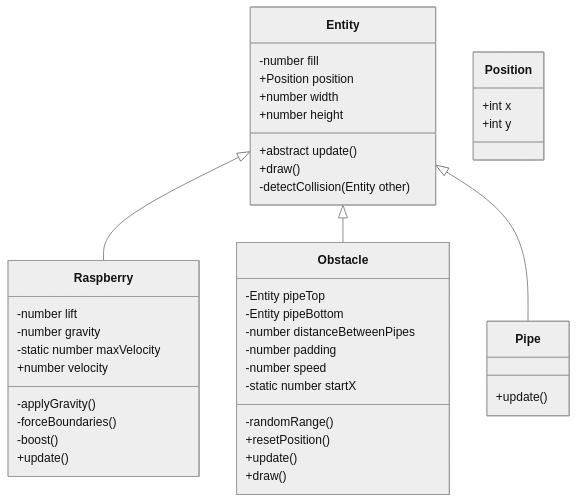
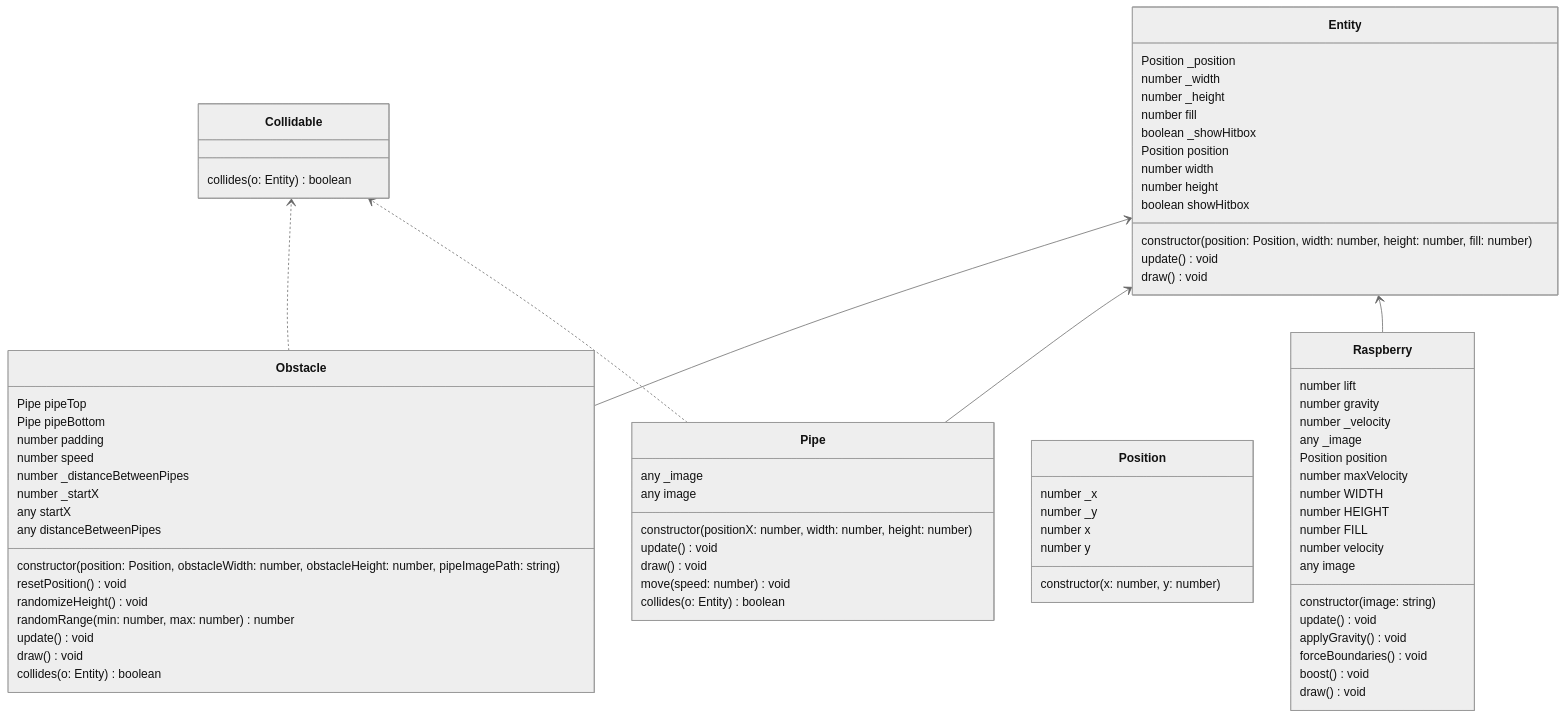
The diagram in frontend/README.md (s-prechtl/RaspberryRocketeer), drawn with Mermaid (neutral theme) before and after one commit.

Commit message:
des is scho geil (JetBrains UML JavaScript and Typescript Plugin)

````diff
--- a/frontend/README.md
+++ b/frontend/README.md
@@ -1,48 +1,80 @@
 ```mermaid
 classDiagram
-Entity <|-- Raspberry
-Entity <|-- Obstacle
-Entity <|-- Pipe
-Entity: -number fill
-Entity: +Position position
-Entity: +number width
-Entity: +number height
-Entity: +abstract update()
-Entity: +draw()
-Entity: -detectCollision(Entity other)
-
-class Raspberry{
--number lift
--number gravity
--static number maxVelocity
-+number velocity
-
--applyGravity()
--forceBoundaries()
--boost()
-+update()
+direction BT
+class Collidable {
+   collides(o: Entity) boolean
+}
+class Entity {
+   constructor(position: Position, width: number, height: number, fill: number) 
+   Position _position
+   number _width
+   number _height
+   number fill
+   boolean _showHitbox
+   update() void
+   draw() void
+   Position position
+   number width
+   number height
+   boolean showHitbox
+}
+class Obstacle {
+   constructor(position: Position, obstacleWidth: number, obstacleHeight: number, pipeImagePath: string) 
+   Pipe pipeTop
+   Pipe pipeBottom
+   number padding
+   number speed
+   number _distanceBetweenPipes
+   number _startX
+   resetPosition() void
+   randomizeHeight() void
+   randomRange(min: number, max: number) number
+   update() void
+   draw() void
+   collides(o: Entity) boolean
+   any startX
+   any distanceBetweenPipes
+}
+class Pipe {
+   constructor(positionX: number, width: number, height: number) 
+   any _image
+   update() void
+   draw() void
+   move(speed: number) void
+   collides(o: Entity) boolean
+   any image
+}
+class Position {
+   constructor(x: number, y: number) 
+   number _x
+   number _y
+   number x
+   number y
+}
+class Raspberry {
+   constructor(image: string) 
+   number lift
+   number gravity
+   number _velocity
+   any _image
+   Position position
+   number maxVelocity
+   number WIDTH
+   number HEIGHT
+   number FILL
+   update() void
+   applyGravity() void
+   forceBoundaries() void
+   boost() void
+   draw() void
+   number velocity
+   any image
 }
 
-class Obstacle{
--Entity pipeTop
--Entity pipeBottom
--number distanceBetweenPipes
--number padding
--number speed
--static number startX
+Obstacle  ..>  Collidable 
+Obstacle  -->  Entity 
+Pipe  ..>  Collidable 
+Pipe  -->  Entity 
+Raspberry  -->  Entity 
 
--randomRange()
-+resetPosition()
-+update()
-+draw()
-}
-
-class Pipe {
-+update()
-}
-
-class Position{
-+int x
-+int y
-}
 ```
````
